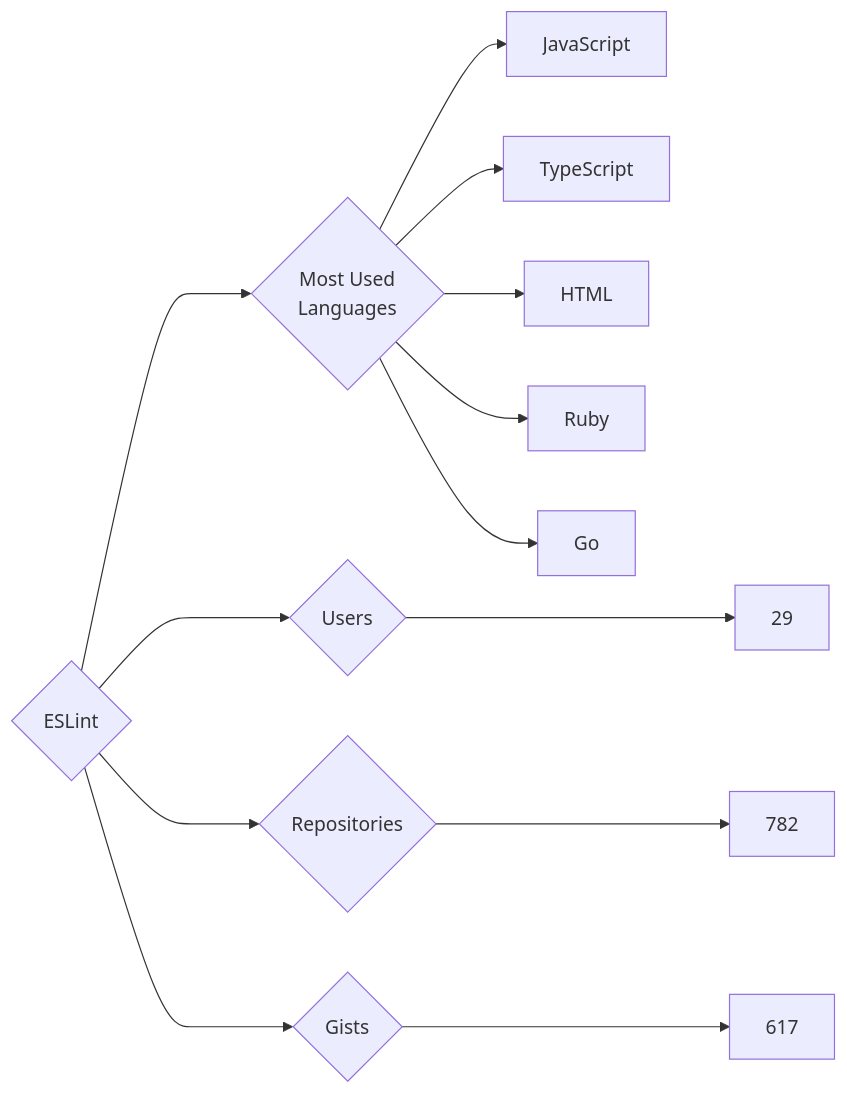
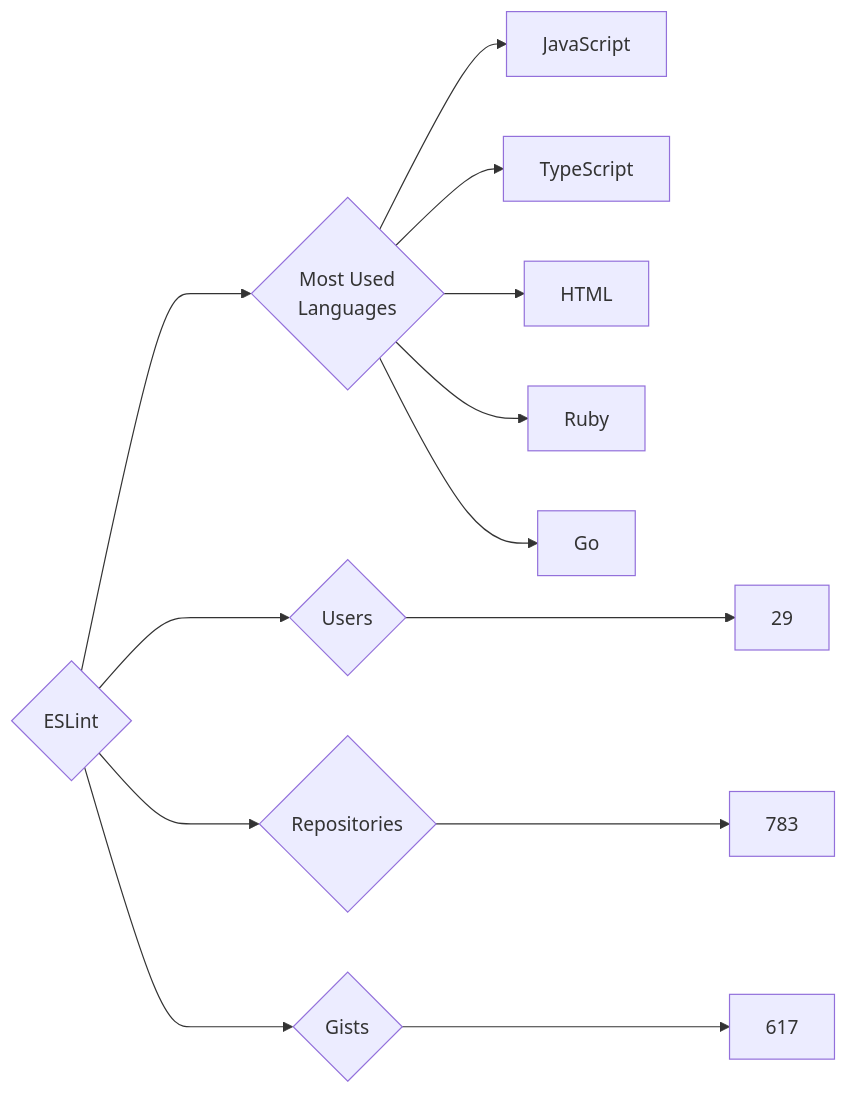
The diagram in targets/ESLint/README.md (trickest/insiders), drawn with Mermaid before and after one commit. The commit also changed 1084 other files, not shown here.

````diff
--- a/targets/ESLint/README.md
+++ b/targets/ESLint/README.md
@@ -3,13 +3,13 @@
 ```mermaid
 graph LR
 COMPANY_NAME{ESLint}
 COMPANY_NAME ---> U{Users} ---> UN[29]
-COMPANY_NAME ---> R{Repositories} ---> RN[782]
+COMPANY_NAME ---> R{Repositories} ---> RN[783]
 COMPANY_NAME ---> G{Gists} ---> GN[617]
 COMPANY_NAME ---> ML{Most Used<br>Languages}
 ML --> JavaScript[JavaScript]
 ML --> TypeScript[TypeScript]
 ML --> HTML[HTML]
 ML --> Ruby[Ruby]
 ML --> Go[Go]
 ```
````
